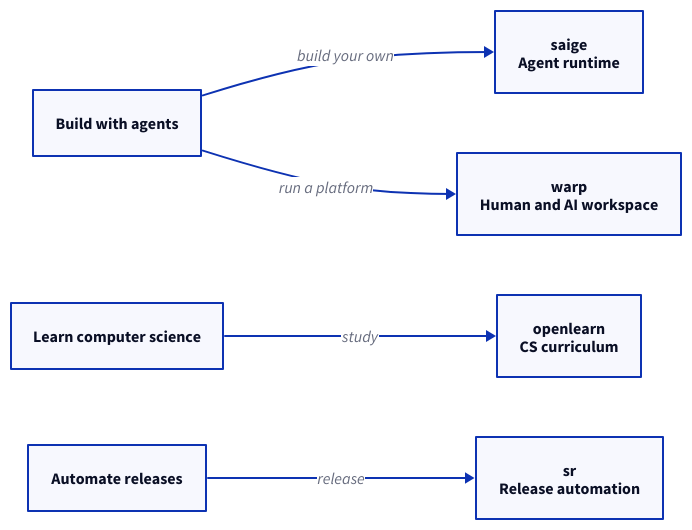
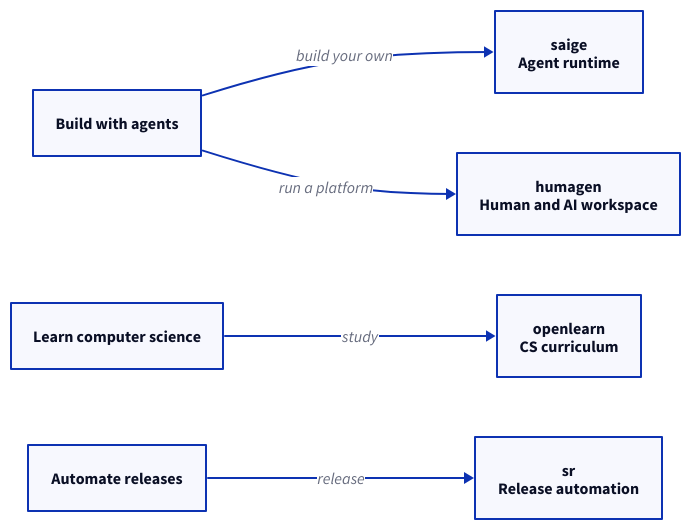
One commit to urmzd/urmzd changed the diagram in assets/finder.d2. Above: the diagram before and after it, drawn with D2. The commit also changed 3 other files, not shown here.

First line of the commit message:
docs: rename warp to humagen in the profile (#12)

```diff
--- a/assets/finder.d2
+++ b/assets/finder.d2
@@ -1,13 +1,13 @@
 # Generated from profile.toml. Do not edit by hand.
 direction: right
 build: "Build with agents" {class: goal}
 saige: "saige\nAgent runtime" {class: project}
-warp: "warp\nHuman and AI workspace" {class: project}
+humagen: "humagen\nHuman and AI workspace" {class: project}
 learn: "Learn computer science" {class: goal}
 openlearn: "openlearn\nCS curriculum" {class: project}
 ship: "Automate releases" {class: goal}
 sr: "sr\nRelease automation" {class: project}
 build -> saige: "build your own" {class: guide}
-build -> warp: "run a platform" {class: guide}
+build -> humagen: "run a platform" {class: guide}
 learn -> openlearn: "study" {class: guide}
 ship -> sr: "release" {class: guide}
```
